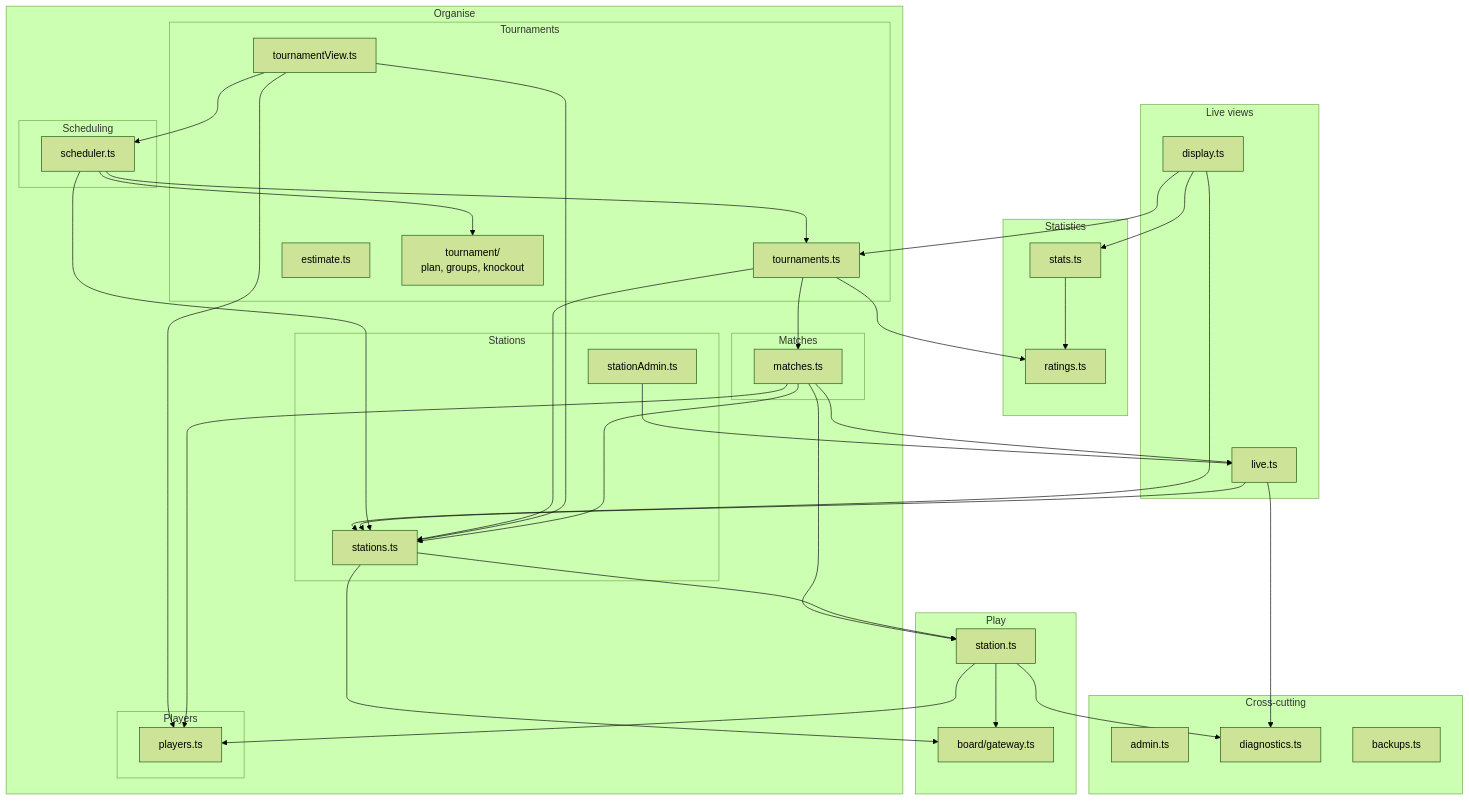
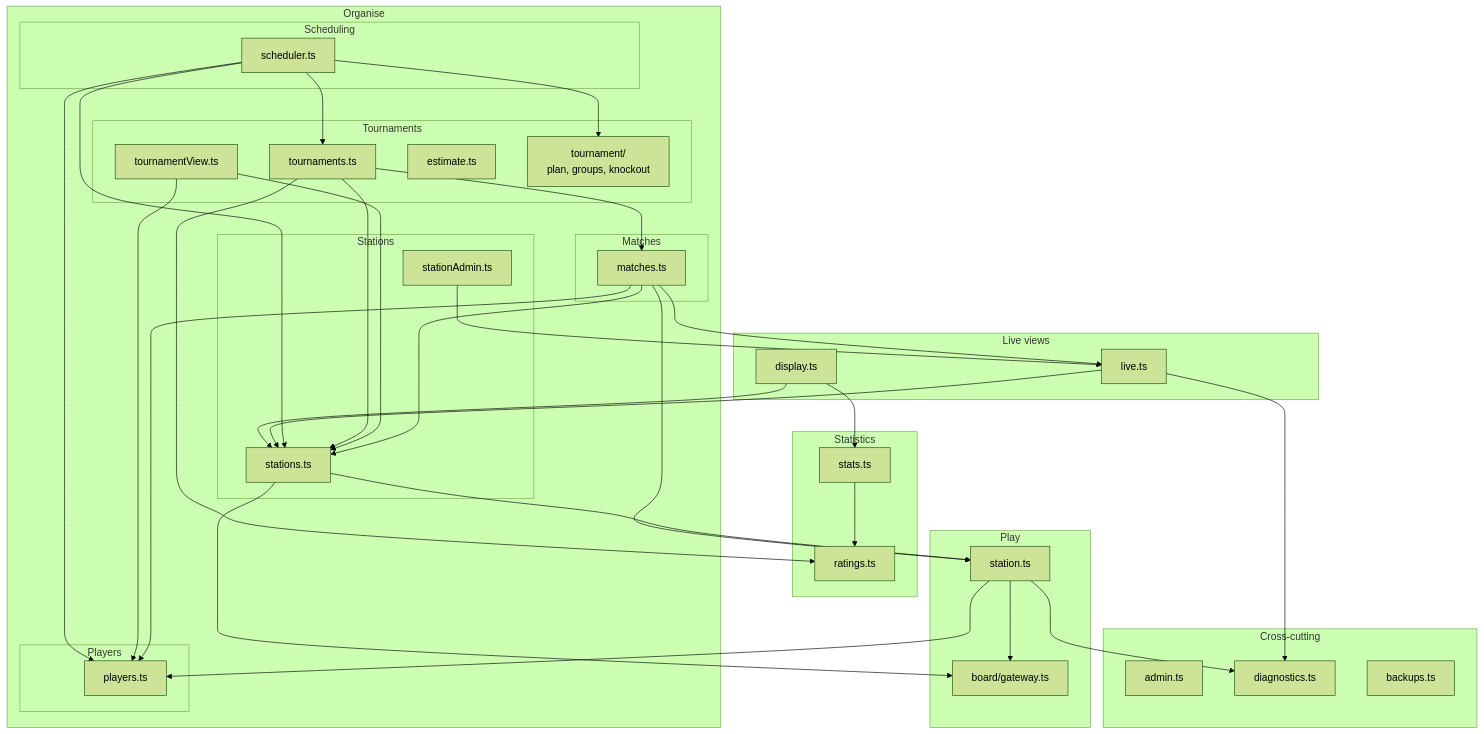
Before and after one commit to sverbach/n4-darts: the second of 2 diagrams in docs/architecture/building-blocks.md, drawn with Mermaid (forest theme). The commit also changed other lines of this file and 7 other files, not shown here.

Commit message:
The views add the queue from Scheduling; Tournaments no longer imports the scheduler (one-way-dependencies ticket 03)

````diff
--- a/docs/architecture/building-blocks.md
+++ b/docs/architecture/building-blocks.md
@@ -53,77 +53,76 @@
 ```mermaid
 flowchart TB
     subgraph views["Live views"]
         live["live.ts"]
         display["display.ts"]
     end
 
     subgraph statistics["Statistics"]
         stats["stats.ts"]
         ratings["ratings.ts"]
     end
 
     subgraph organise["Organise"]
         subgraph sched["Scheduling"]
             scheduler["scheduler.ts"]
         end
         subgraph tour["Tournaments"]
             tournaments["tournaments.ts"]
             tview["tournamentView.ts"]
             estimate["estimate.ts"]
             plan["tournament/<br/>plan, groups, knockout"]
         end
         subgraph mat["Matches"]
             matches["matches.ts"]
         end
         subgraph pl["Players"]
             players["players.ts"]
         end
         subgraph st["Stations"]
             stations["stations.ts"]
             stationAdmin["stationAdmin.ts"]
         end
     end
 
     subgraph play["Play"]
         station["station.ts"]
         gateway["board/gateway.ts"]
     end
 
     subgraph cross["Cross-cutting"]
         admin["admin.ts"]
         diagnostics["diagnostics.ts"]
         backups["backups.ts"]
     end
 
-    display --> tournaments
     display --> stats
     display --> stations
     live --> stations
 
     stats --> ratings
 
     scheduler --> tournaments
     scheduler --> stations
     scheduler --> plan
+    scheduler --> players
 
     tournaments --> matches
     tournaments --> ratings
     tournaments --> stations
-    tview --> scheduler
     tview --> players
     tview --> stations
 
     matches --> station
     matches --> stations
     matches --> players
     matches --> live
 
     stationAdmin --> live
     stations --> station
     stations --> gateway
     station --> gateway
     station --> players
 
     station --> diagnostics
     live --> diagnostics
 ```
````
